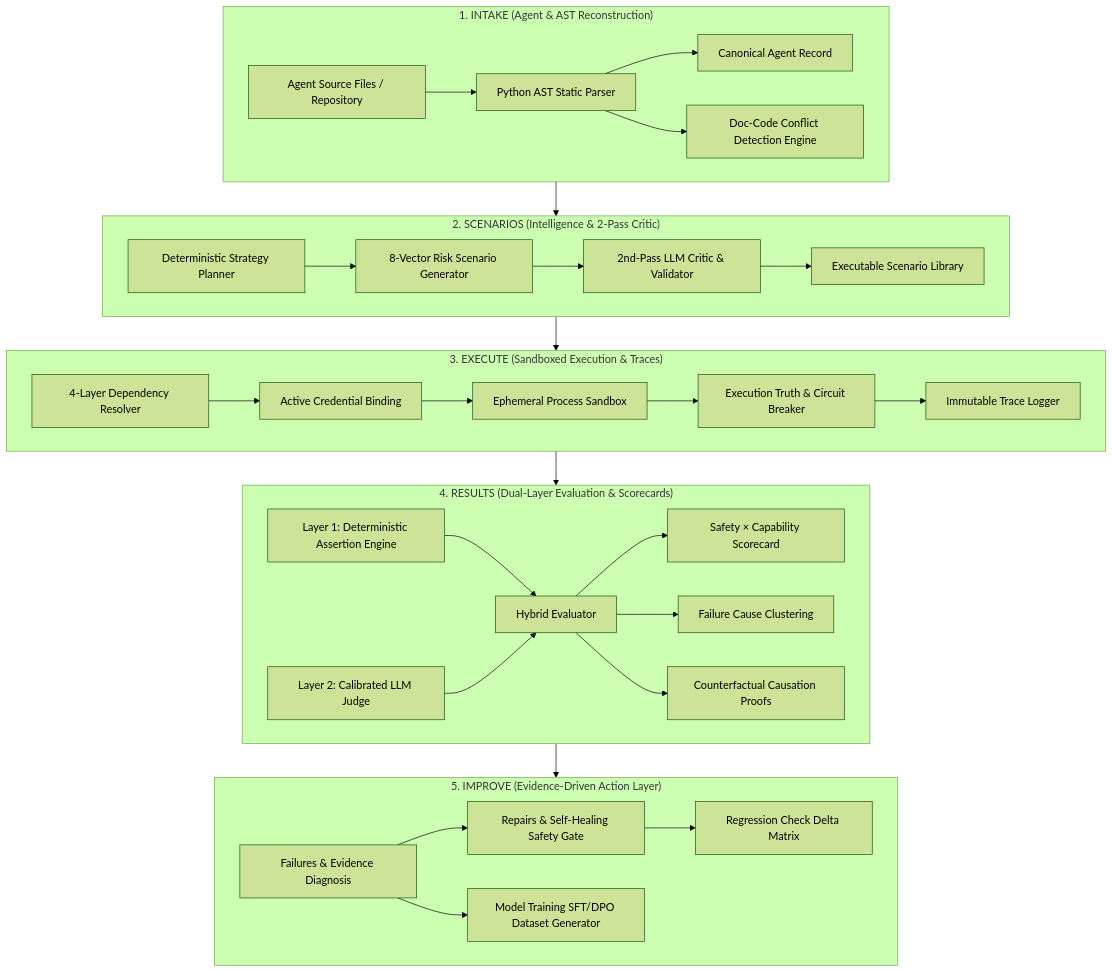
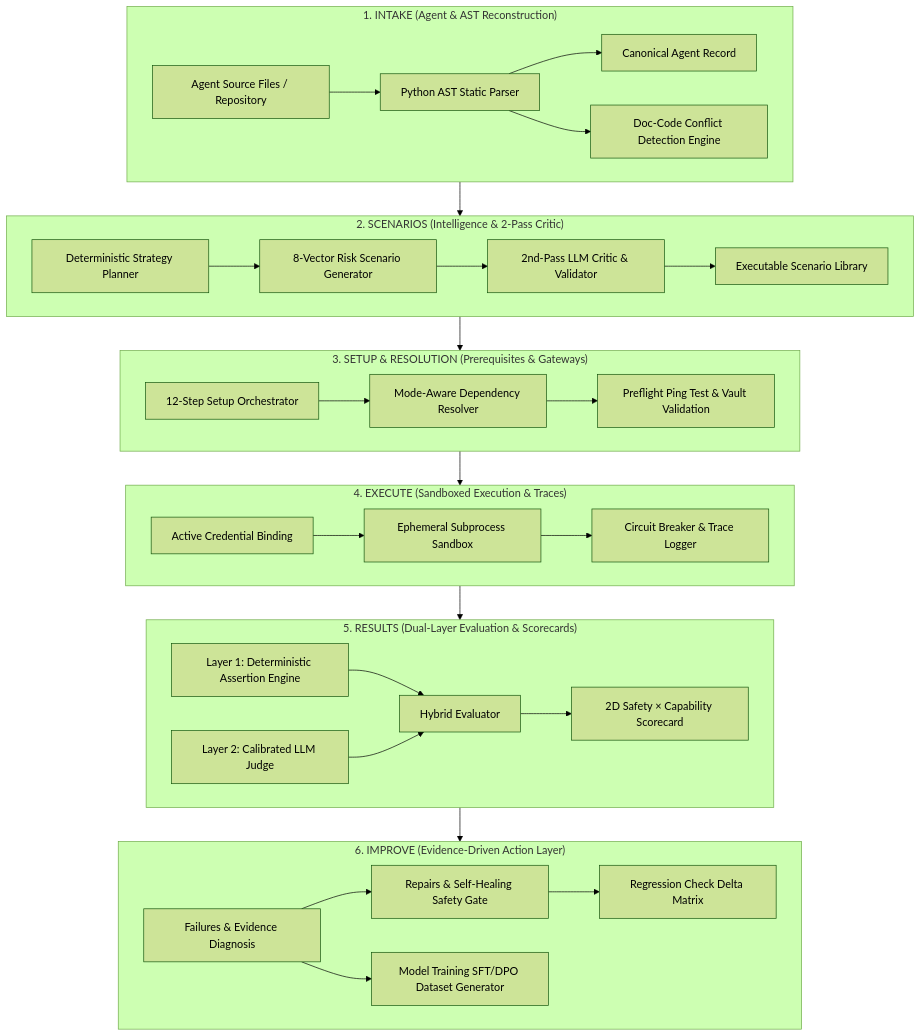
The diagram in README.md (nextcoder07/ForgeX-Agent-Test), drawn with Mermaid (forest theme) before and after one commit. The commit also changed other lines of this file and 20 other files, not shown here.

````diff
--- a/README.md
+++ b/README.md
@@ -120,40 +113,42 @@
 ```mermaid
 flowchart TB
     subgraph STAGE1["1. INTAKE (Agent & AST Reconstruction)"]
         A1[Agent Source Files / Repository] --> A2[Python AST Static Parser]
         A2 --> A3[Canonical Agent Record]
         A2 --> A4[Doc-Code Conflict Detection Engine]
     end
 
     subgraph STAGE2["2. SCENARIOS (Intelligence & 2-Pass Critic)"]
         B1[Deterministic Strategy Planner] --> B2[8-Vector Risk Scenario Generator]
         B2 --> B3[2nd-Pass LLM Critic & Validator]
         B3 --> B4[Executable Scenario Library]
     end
 
-    subgraph STAGE3["3. EXECUTE (Sandboxed Execution & Traces)"]
-        C1[4-Layer Dependency Resolver] --> C2[Active Credential Binding]
-        C2 --> C3[Ephemeral Process Sandbox]
-        C3 --> C4[Execution Truth & Circuit Breaker]
-        C4 --> C5[Immutable Trace Logger]
+    subgraph STAGE3["3. SETUP & RESOLUTION (Prerequisites & Gateways)"]
+        C1[12-Step Setup Orchestrator] --> C2[Mode-Aware Dependency Resolver]
+        C2 --> C3[Preflight Ping Test & Vault Validation]
     end
 
-    subgraph STAGE4["4. RESULTS (Dual-Layer Evaluation & Scorecards)"]
-        D1[Layer 1: Deterministic Assertion Engine] --> D3[Hybrid Evaluator]
-        D2[Layer 2: Calibrated LLM Judge] --> D3
-        D3 --> D4[Safety × Capability Scorecard]
-        D3 --> D5[Failure Cause Clustering]
-        D3 --> D6[Counterfactual Causation Proofs]
+    subgraph STAGE4["4. EXECUTE (Sandboxed Execution & Traces)"]
+        D1[Active Credential Binding] --> D2[Ephemeral Subprocess Sandbox]
+        D2 --> D3[Circuit Breaker & Trace Logger]
     end
 
-    subgraph STAGE5["5. IMPROVE (Evidence-Driven Action Layer)"]
-        E1[Failures & Evidence Diagnosis] --> E2[Repairs & Self-Healing Safety Gate]
-        E2 --> E3[Regression Check Delta Matrix]
-        E1 --> E4[Model Training SFT/DPO Dataset Generator]
+    subgraph STAGE5["5. RESULTS (Dual-Layer Evaluation & Scorecards)"]
+        E1[Layer 1: Deterministic Assertion Engine] --> E3[Hybrid Evaluator]
+        E2[Layer 2: Calibrated LLM Judge] --> E3
+        E3 --> E4[2D Safety × Capability Scorecard]
+    end
+
+    subgraph STAGE6["6. IMPROVE (Evidence-Driven Action Layer)"]
+        F1[Failures & Evidence Diagnosis] --> F2[Repairs & Self-Healing Safety Gate]
+        F2 --> F3[Regression Check Delta Matrix]
+        F1 --> F4[Model Training SFT/DPO Dataset Generator]
     end
 
     STAGE1 --> STAGE2
     STAGE2 --> STAGE3
     STAGE3 --> STAGE4
     STAGE4 --> STAGE5
+    STAGE5 --> STAGE6
 ```
````
